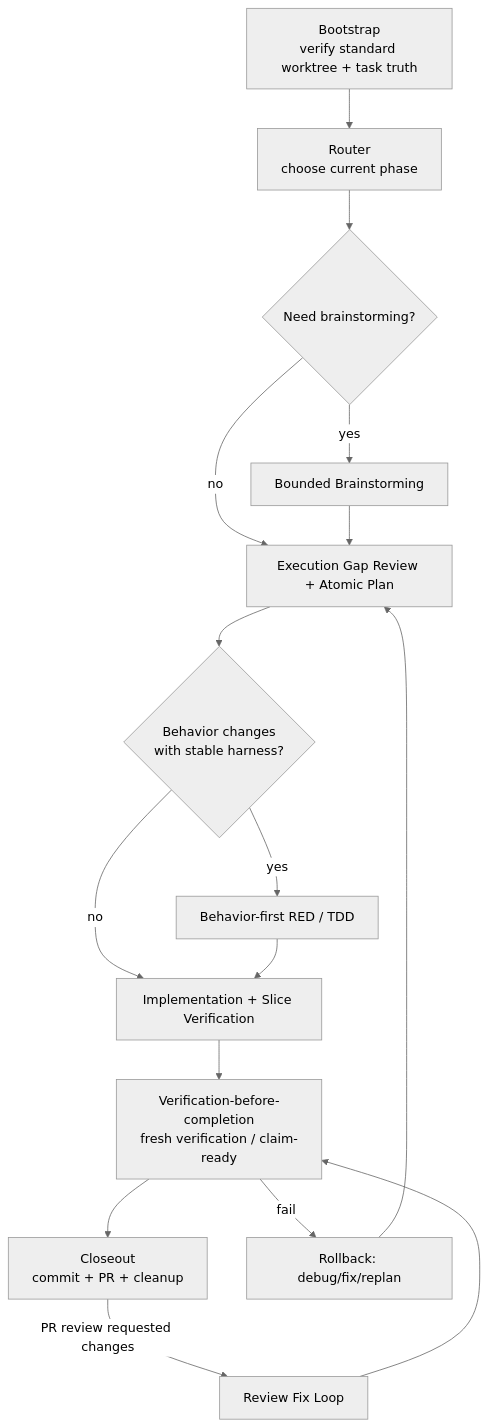
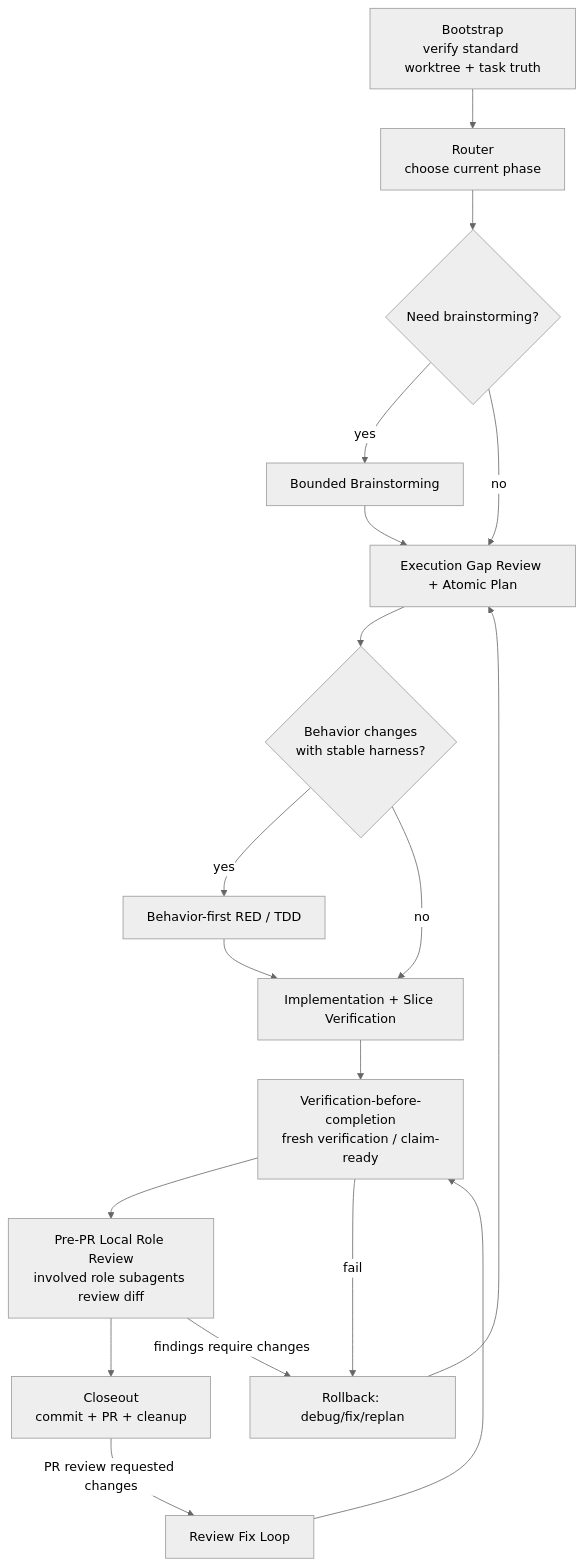
One commit to eng-cc/oasis7 changed the diagram in doc/engineering/workflow/source-of-truth.md. Above: the diagram before and after it, drawn with Mermaid (neutral theme). The commit also changed other lines of this file and 16 other files, not shown here.

Commit message:
Require local role review before PR

````diff
--- a/doc/engineering/workflow/source-of-truth.md
+++ b/doc/engineering/workflow/source-of-truth.md
@@ -15,19 +15,21 @@
 ```mermaid
 flowchart TD
   A[Bootstrap\nverify standard worktree + task truth] --> B[Router\nchoose current phase]
   B --> C{Need brainstorming?}
   C -- yes --> D[Bounded Brainstorming]
   C -- no --> E
   D --> E[Execution Gap Review + Atomic Plan]
   E --> F{Behavior changes\nwith stable harness?}
   F -- yes --> G[Behavior-first RED / TDD]
   F -- no --> H
   G --> H[Implementation + Slice Verification]
   H --> I[Verification-before-completion\nfresh verification / claim-ready]
-  I --> J[Closeout\ncommit + PR + cleanup]
+  I --> M[Pre-PR Local Role Review\ninvolved role subagents review diff]
+  M --> J[Closeout\ncommit + PR + cleanup]
 
   I -->|fail| K[Rollback: debug/fix/replan]
   K --> E
+  M -->|findings require changes| K
   J -->|PR review requested changes| L[Review Fix Loop]
   L --> I
 ```
````
